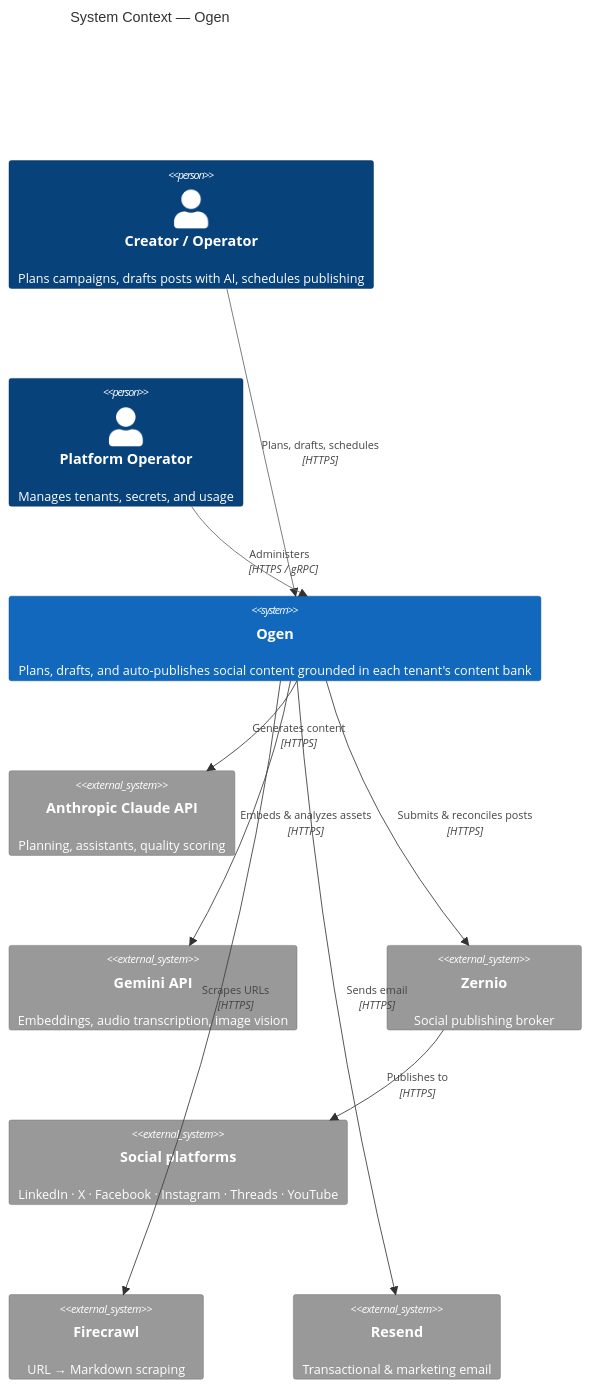
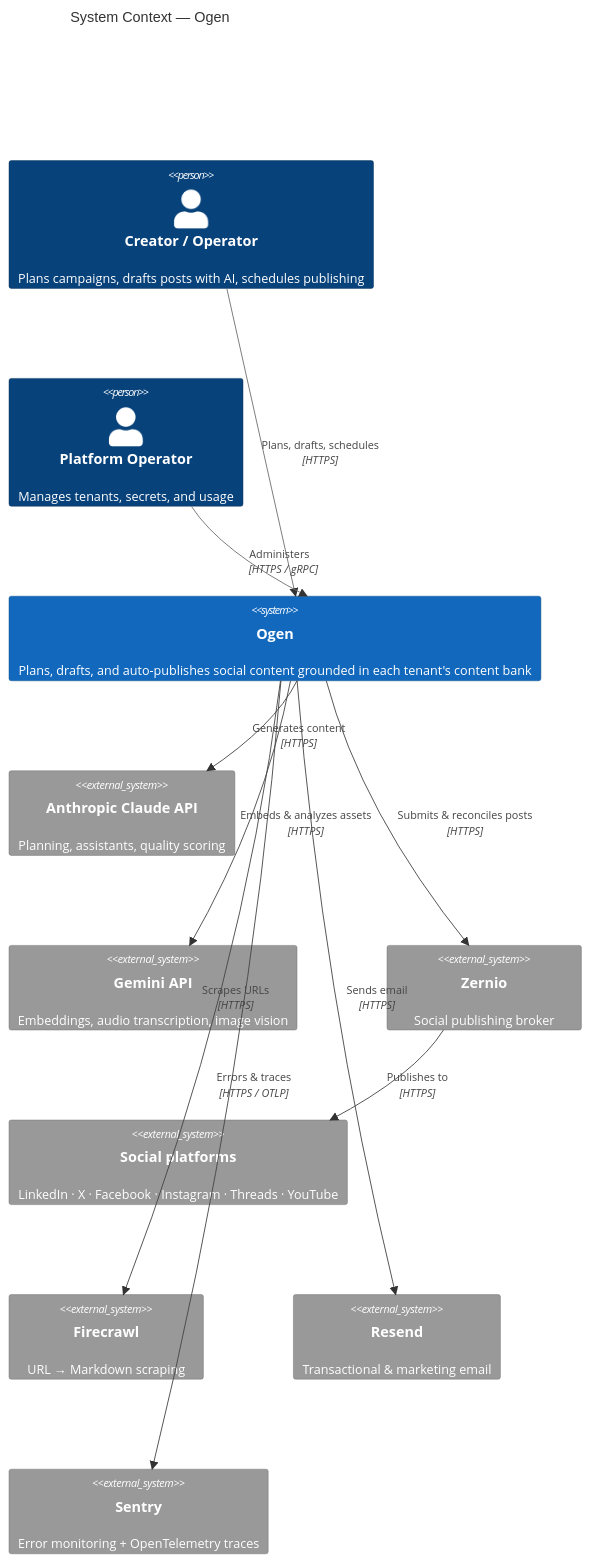
Before and after one commit to ogen-app/ogen: the first of 2 diagrams in README.md, drawn with Mermaid. The commit also changed other lines of this file and 1 other file, not shown here.

````diff
--- a/README.md
+++ b/README.md
@@ -50,39 +50,42 @@
 ```mermaid
 C4Context
     title System Context — Ogen
 
     Person(creator, "Creator / Operator", "Plans campaigns, drafts posts with AI, schedules publishing")
     Person(admin, "Platform Operator", "Manages tenants, secrets, and usage")
 
     System(ogen, "Ogen", "Plans, drafts, and auto-publishes social content grounded in each tenant's content bank")
 
     System_Ext(anthropic, "Anthropic Claude API", "Planning, assistants, quality scoring")
     System_Ext(gemini, "Gemini API", "Embeddings, audio transcription, image vision")
     System_Ext(zernio, "Zernio", "Social publishing broker")
     System_Ext(social, "Social platforms", "LinkedIn · X · Facebook · Instagram · Threads · YouTube")
     System_Ext(firecrawl, "Firecrawl", "URL → Markdown scraping")
     System_Ext(resend, "Resend", "Transactional & marketing email")
+    System_Ext(sentry, "Sentry", "Error monitoring + OpenTelemetry traces")
 
     Rel(creator, ogen, "Plans, drafts, schedules", "HTTPS")
     Rel(admin, ogen, "Administers", "HTTPS / gRPC")
     Rel(ogen, anthropic, "Generates content", "HTTPS")
     Rel(ogen, gemini, "Embeds & analyzes assets", "HTTPS")
     Rel(ogen, zernio, "Submits & reconciles posts", "HTTPS")
     Rel(zernio, social, "Publishes to", "HTTPS")
     Rel(ogen, firecrawl, "Scrapes URLs", "HTTPS")
     Rel(ogen, resend, "Sends email", "HTTPS")
+    Rel(ogen, sentry, "Errors & traces", "HTTPS / OTLP")
 
     UpdateElementStyle(creator, $bgColor="#08427b", $fontColor="#ffffff", $borderColor="#052e56")
     UpdateElementStyle(admin, $bgColor="#08427b", $fontColor="#ffffff", $borderColor="#052e56")
     UpdateElementStyle(ogen, $bgColor="#1168bd", $fontColor="#ffffff", $borderColor="#0b4884")
     UpdateElementStyle(anthropic, $bgColor="#999999", $fontColor="#ffffff", $borderColor="#6b6b6b")
     UpdateElementStyle(gemini, $bgColor="#999999", $fontColor="#ffffff", $borderColor="#6b6b6b")
     UpdateElementStyle(zernio, $bgColor="#999999", $fontColor="#ffffff", $borderColor="#6b6b6b")
     UpdateElementStyle(social, $bgColor="#999999", $fontColor="#ffffff", $borderColor="#6b6b6b")
     UpdateElementStyle(firecrawl, $bgColor="#999999", $fontColor="#ffffff", $borderColor="#6b6b6b")
     UpdateElementStyle(resend, $bgColor="#999999", $fontColor="#ffffff", $borderColor="#6b6b6b")
+    UpdateElementStyle(sentry, $bgColor="#999999", $fontColor="#ffffff", $borderColor="#6b6b6b")
     UpdateRelStyle(creator, ogen, $textColor="#444444", $lineColor="#707070")
     UpdateRelStyle(admin, ogen, $textColor="#444444", $lineColor="#707070")
 
     UpdateLayoutConfig($c4ShapeInRow="3", $c4BoundaryInRow="1")
 ```
````
